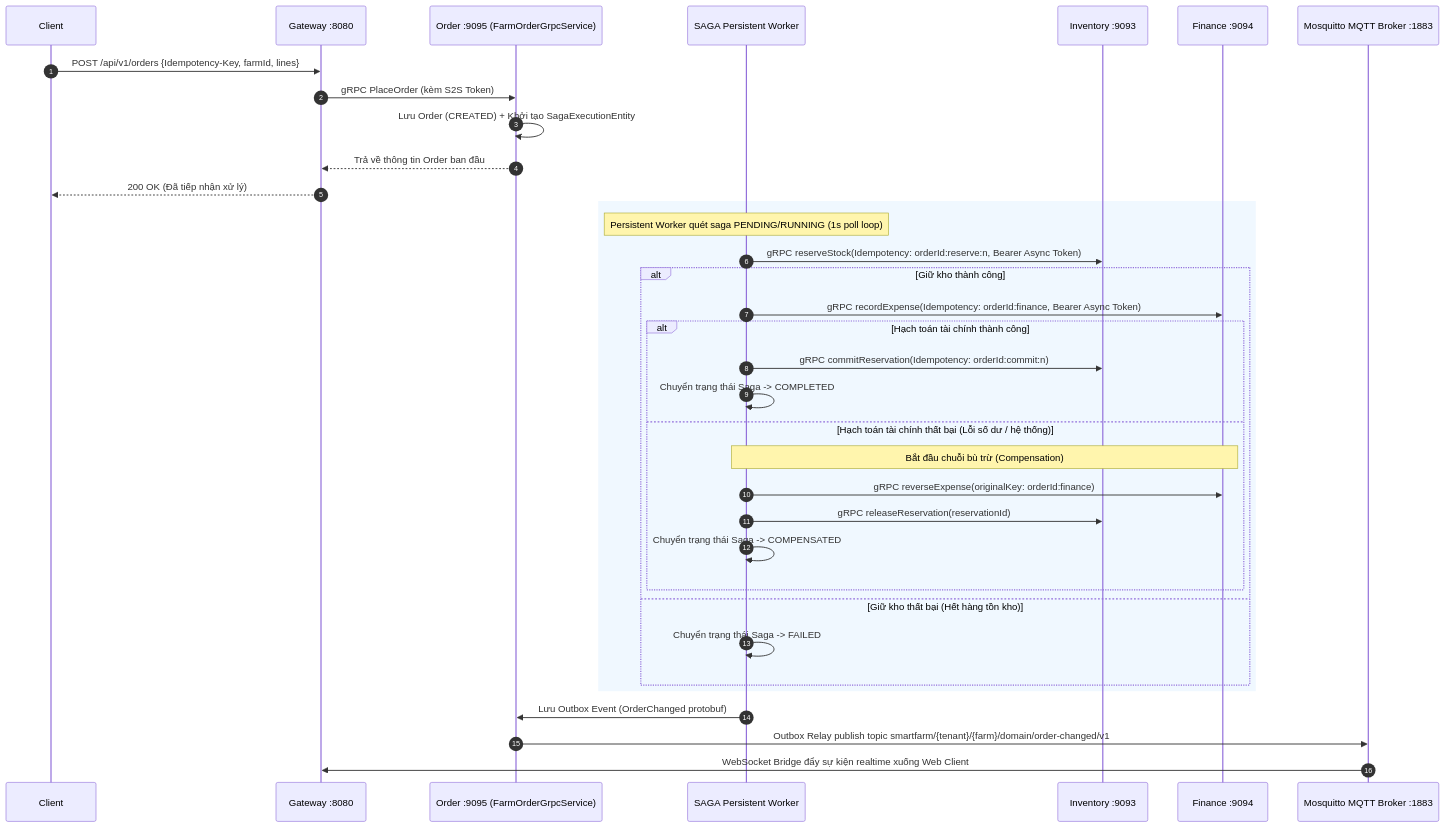
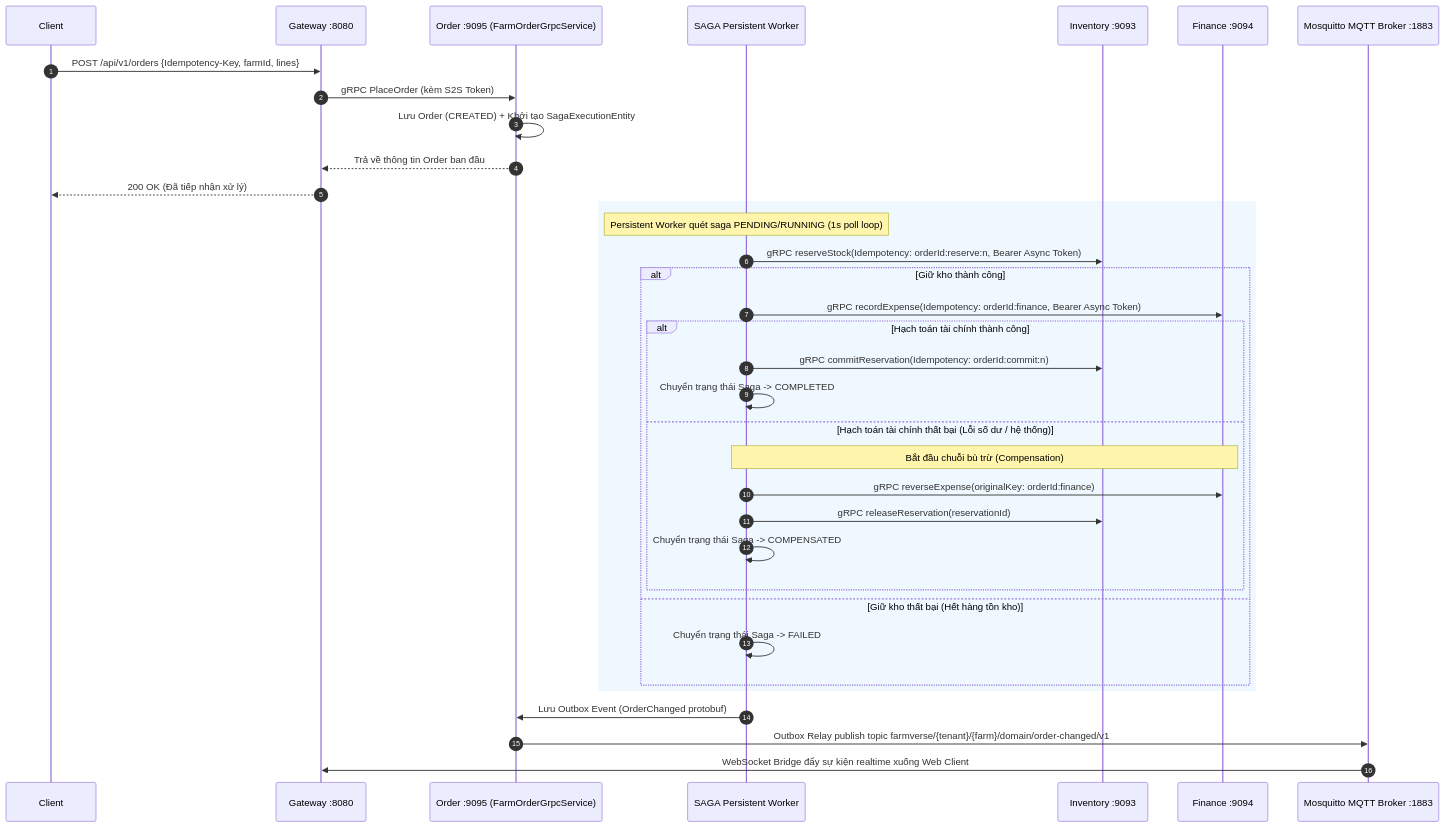
The fourth of 5 diagrams in docs/architecture/request-flows.md (hatrongvu13/smartfarm-platform-maven-starter), drawn with Mermaid before and after one commit. The commit also changed other lines of this file and 1490 other files, not shown here.

````diff
--- a/docs/architecture/request-flows.md
+++ b/docs/architecture/request-flows.md
@@ -101,40 +101,40 @@
 ```mermaid
 sequenceDiagram
   autonumber
   participant C as Client
   participant GW as Gateway :8080
   participant ORD as Order :9095 (FarmOrderGrpcService)
   participant WORKER as SAGA Persistent Worker
   participant INV as Inventory :9093
   participant FIN as Finance :9094
   participant MQTT as Mosquitto MQTT Broker :1883
 
   C->>GW: POST /api/v1/orders {Idempotency-Key, farmId, lines}
   GW->>ORD: gRPC PlaceOrder (kèm S2S Token)
   ORD->>ORD: Lưu Order (CREATED) + Khởi tạo SagaExecutionEntity
   ORD-->>GW: Trả về thông tin Order ban đầu
   GW-->>C: 200 OK (Đã tiếp nhận xử lý)
 
   rect rgb(240, 248, 255)
     Note over WORKER: Persistent Worker quét saga PENDING/RUNNING (1s poll loop)
     WORKER->>INV: gRPC reserveStock(Idempotency: orderId:reserve:n, Bearer Async Token)
     alt Giữ kho thành công
       WORKER->>FIN: gRPC recordExpense(Idempotency: orderId:finance, Bearer Async Token)
       alt Hạch toán tài chính thành công
         WORKER->>INV: gRPC commitReservation(Idempotency: orderId:commit:n)
         WORKER->>WORKER: Chuyển trạng thái Saga -> COMPLETED
       else Hạch toán tài chính thất bại (Lỗi số dư / hệ thống)
         Note over WORKER,FIN: Bắt đầu chuỗi bù trừ (Compensation)
         WORKER->>FIN: gRPC reverseExpense(originalKey: orderId:finance)
         WORKER->>INV: gRPC releaseReservation(reservationId)
         WORKER->>WORKER: Chuyển trạng thái Saga -> COMPENSATED
       end
     else Giữ kho thất bại (Hết hàng tồn kho)
       WORKER->>WORKER: Chuyển trạng thái Saga -> FAILED
     end
   end
 
   WORKER->>ORD: Lưu Outbox Event (OrderChanged protobuf)
-  ORD->>MQTT: Outbox Relay publish topic smartfarm/{tenant}/{farm}/domain/order-changed/v1
+  ORD->>MQTT: Outbox Relay publish topic farmverse/{tenant}/{farm}/domain/order-changed/v1
   MQTT->>GW: WebSocket Bridge đẩy sự kiện realtime xuống Web Client
 ```
````
